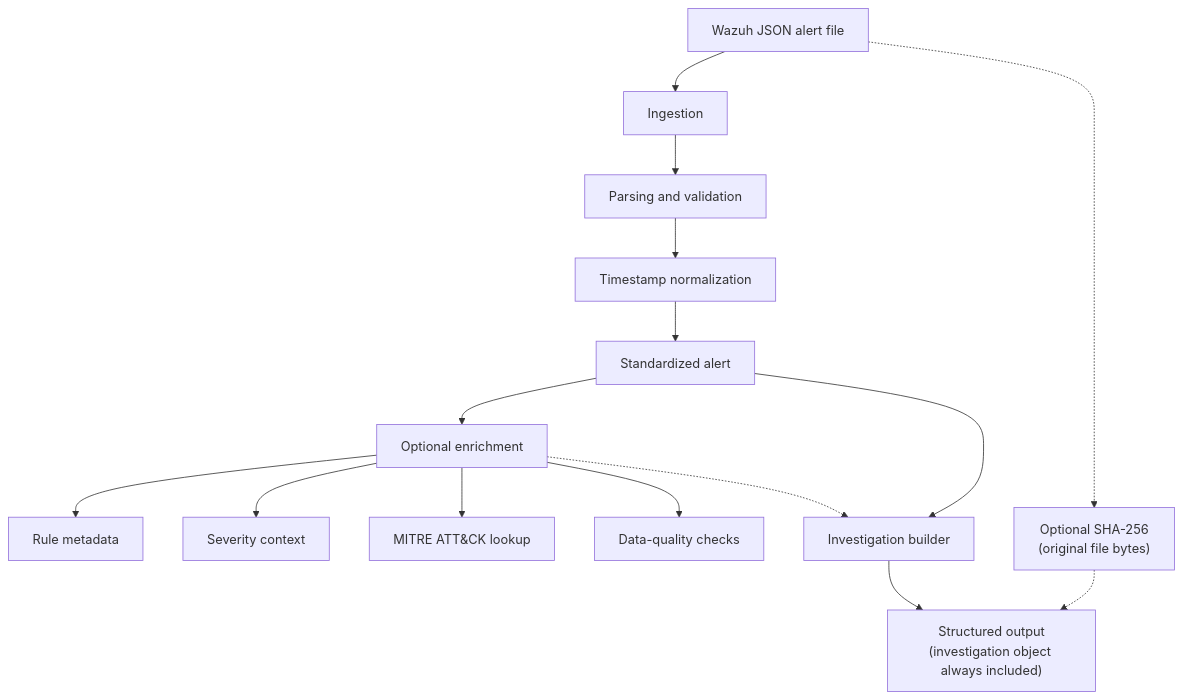
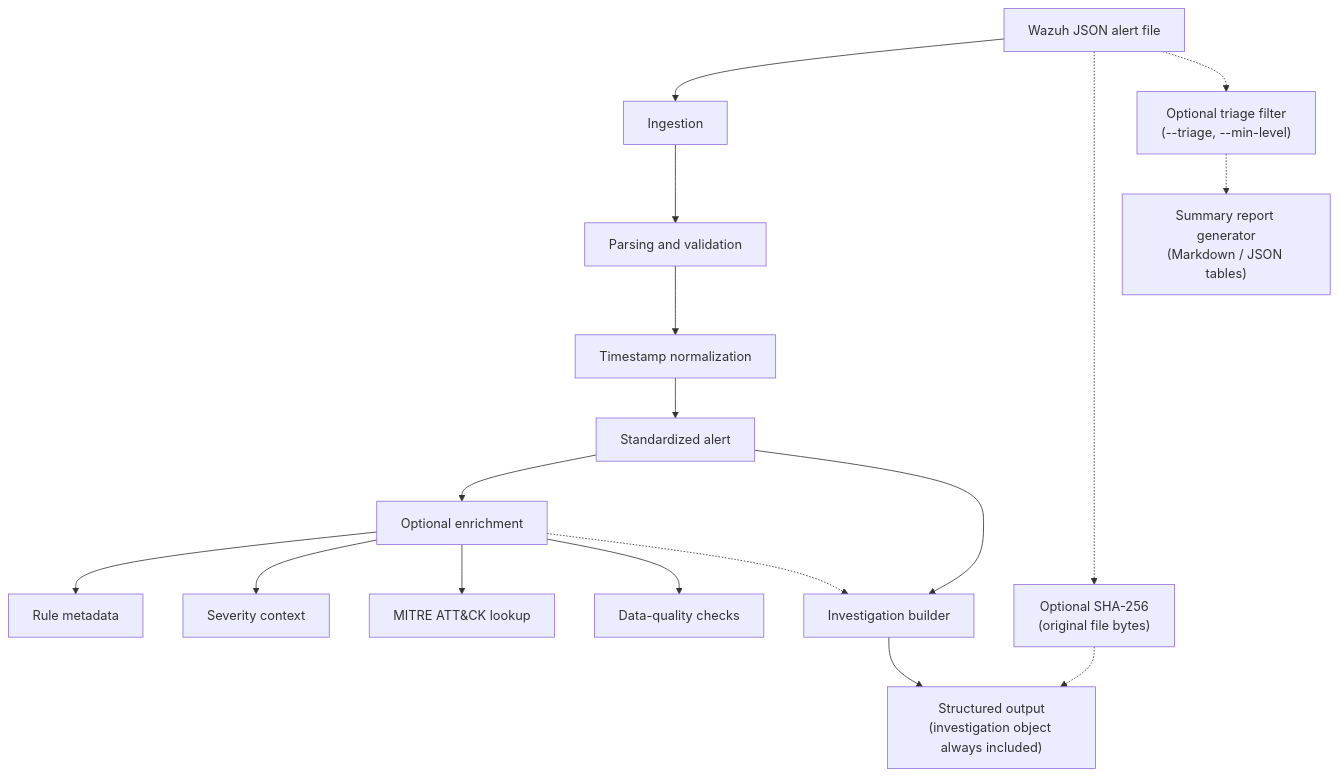
One commit to andyydz/python-soc-automation changed the diagram in README.md. Above: the diagram before and after it, drawn with Mermaid. The commit also changed other lines of this file and 3 other files, not shown here.

Commit message:
feat(cli): complete alert triage and summary reporting with CLI flags and docs

````diff
--- a/README.md
+++ b/README.md
@@ -74,17 +82,19 @@
 ```mermaid
 flowchart TD
     A["Wazuh JSON alert file"] --> B["Ingestion"]
     B --> C["Parsing and validation"]
     C --> D["Timestamp normalization"]
     D --> E["Standardized alert"]
     E --> G["Optional enrichment"]
     G --> H["Rule metadata"]
     G --> I["Severity context"]
     G --> J["MITRE ATT&CK lookup"]
     G --> K["Data-quality checks"]
     E --> L["Investigation builder"]
     G -.-> L
     L --> M["Structured output<br/>(investigation object always included)"]
     A -.-> F["Optional SHA-256<br/>(original file bytes)"]
     F -.-> M
+    A -.-> N["Optional triage filter<br/>(--triage, --min-level)"]
+    N -.-> O["Summary report generator<br/>(Markdown / JSON tables)"]
 ```
````
